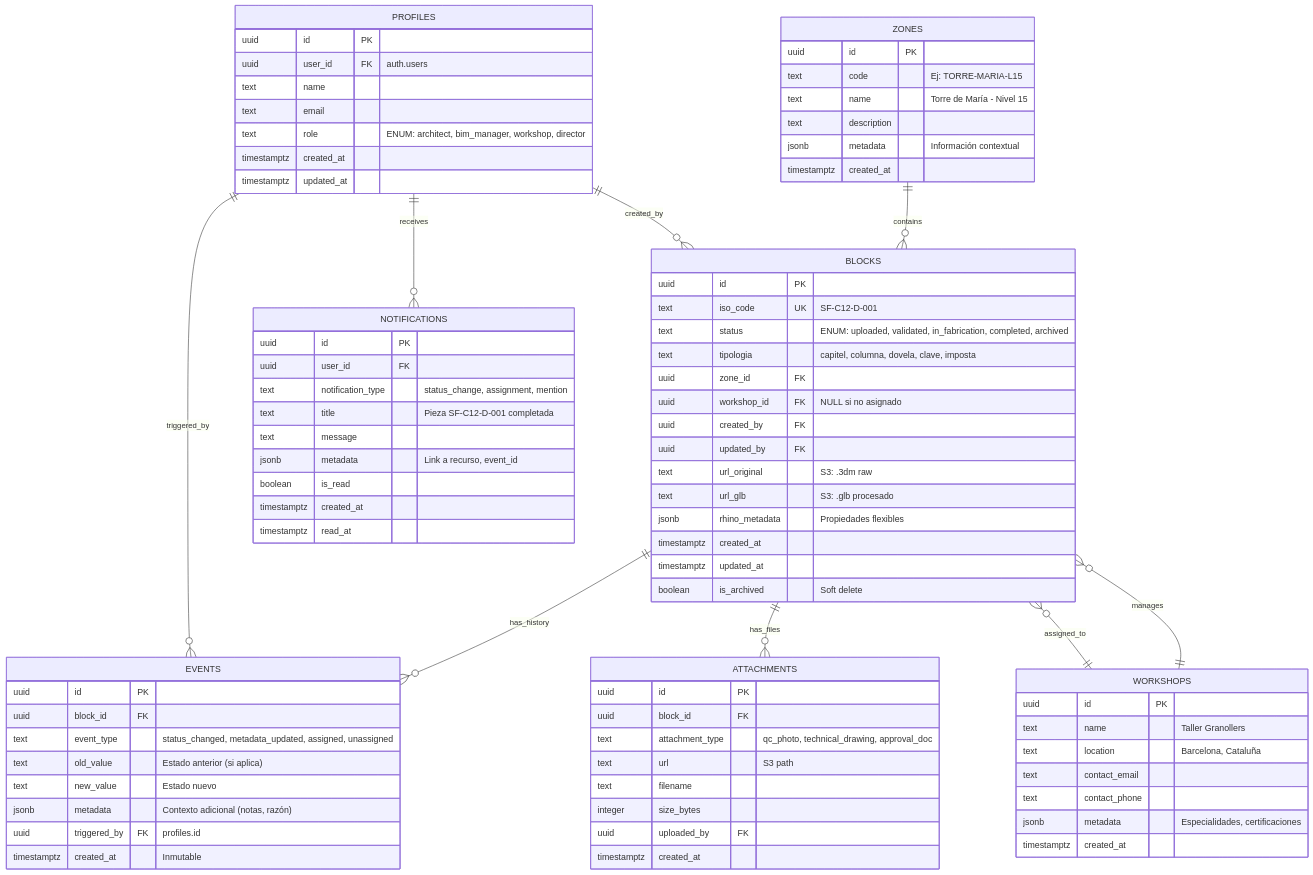
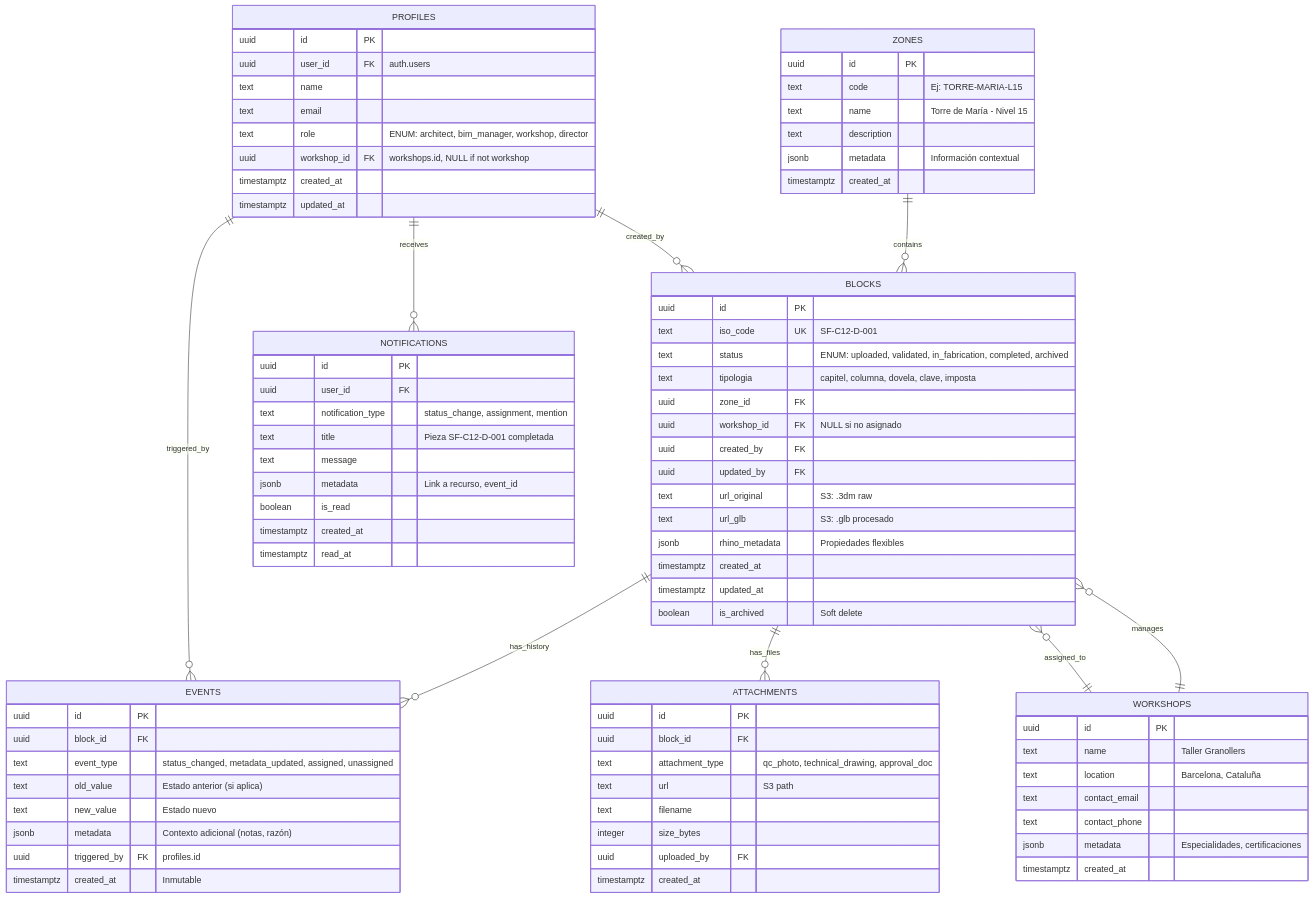
Before and after one commit to LIDR-academy/AI4Devs-finalproject: the diagram in docs/05-data-model.md, drawn with Mermaid. The commit also changed other lines of this file and 8 other files, not shown here.

```diff
--- a/docs/05-data-model.md
+++ b/docs/05-data-model.md
@@ -66,6 +66,7 @@
         text name
         text email
         text role "ENUM: architect, bim_manager, workshop, director"
+        uuid workshop_id FK "workshops.id, NULL if not workshop"
         timestamptz created_at
         timestamptz updated_at
     }
```
